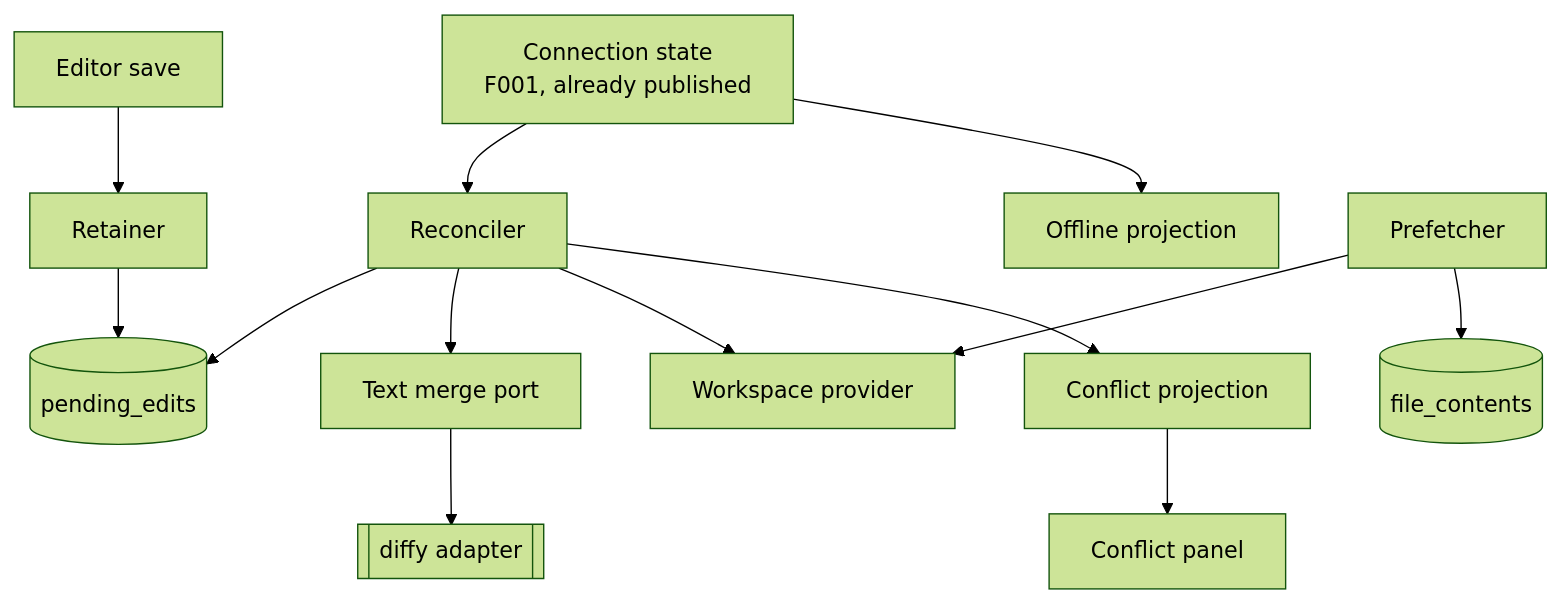
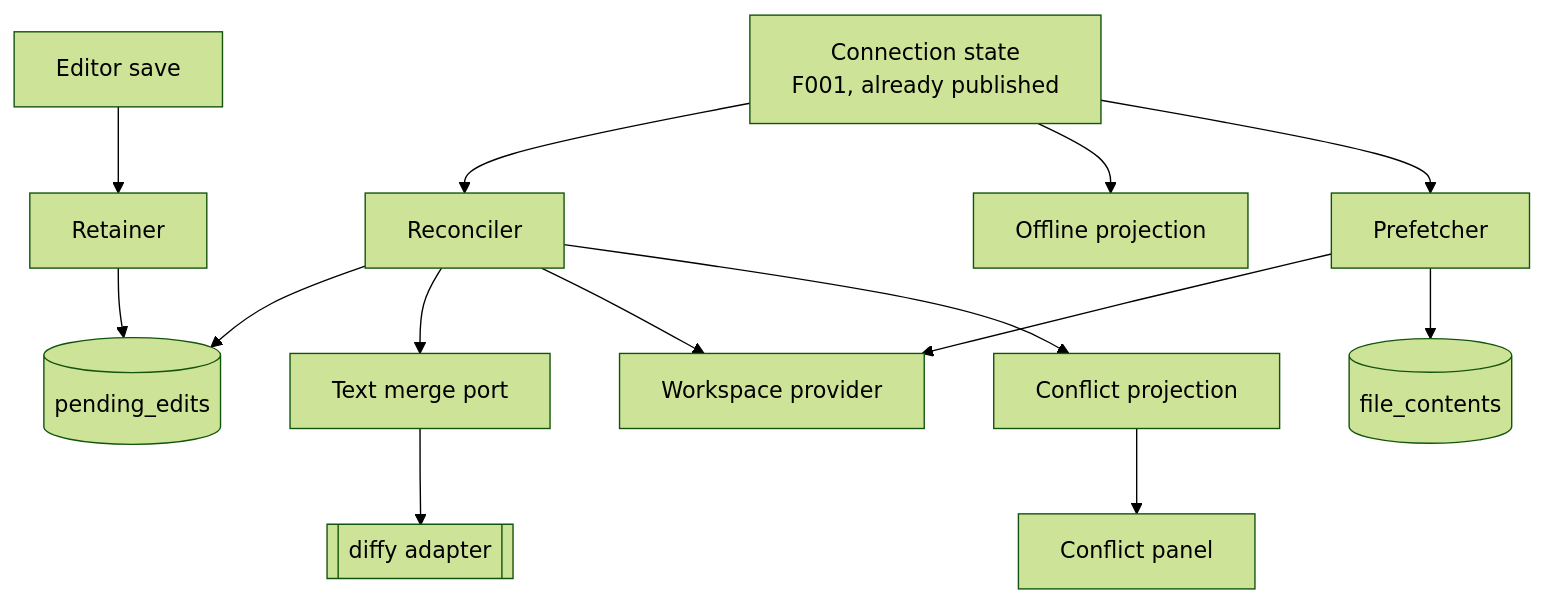
The second of 4 diagrams in specs/010-offline-editing/architecture.md (nbugash/project-apex), drawn with Mermaid (forest theme) before and after one commit. The commit also changed other lines of this file and 2 other files, not shown here.

````diff
--- a/specs/010-offline-editing/architecture.md
+++ b/specs/010-offline-editing/architecture.md
@@ -37,15 +38,16 @@
 ```mermaid
 flowchart TD
     conn[Connection state<br/>F001, already published] --> recon[Reconciler]
     conn --> offstate[Offline projection]
     editor[Editor save] --> retain[Retainer]
     retain --> store[(pending_edits)]
     recon --> store
     recon --> merge[Text merge port]
     merge --> diffy[[diffy adapter]]
     recon --> provider[Workspace provider]
+    conn --> prefetch
     prefetch[Prefetcher] --> provider
     prefetch --> cache[(file_contents)]
     recon --> conflicts[Conflict projection]
     conflicts --> panel[Conflict panel]
 ```
````
